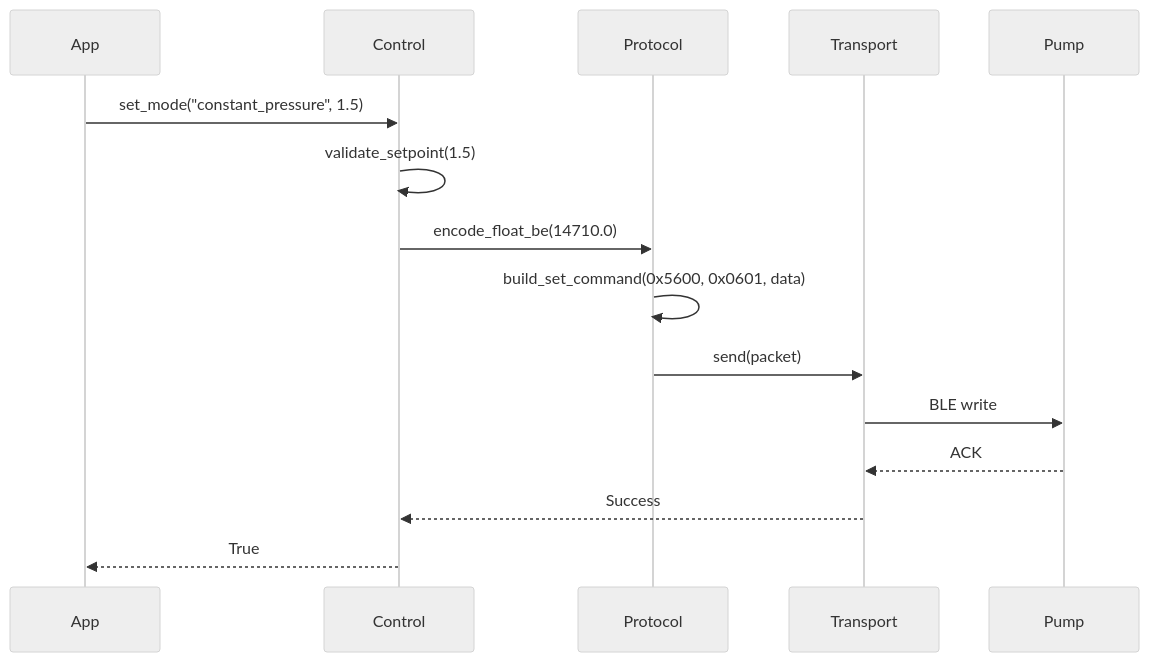
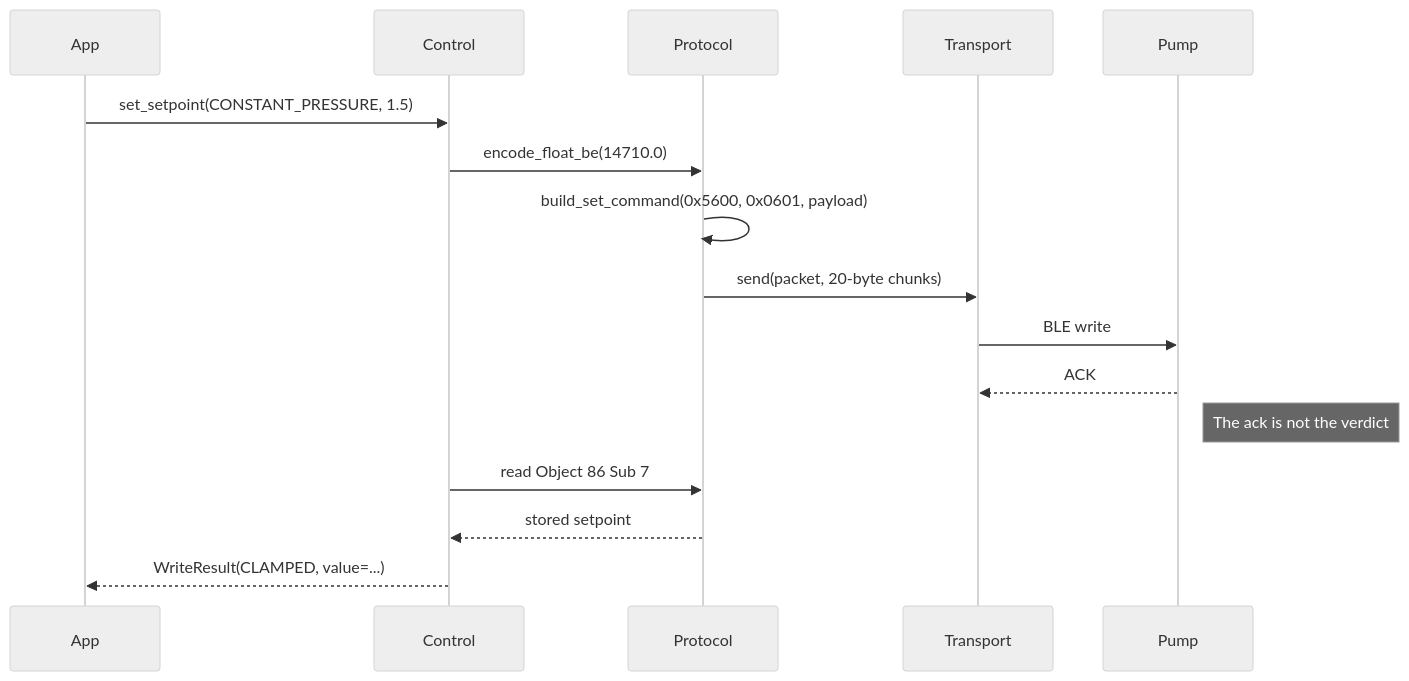
One commit to eman/alpha-hwr changed the fourth of 8 diagrams in docs/reimplementation/architecture.md. Above: the diagram before and after it, drawn with Mermaid (neutral theme). The commit also changed other lines of this file and 7 other files, not shown here.

````diff
--- a/docs/reimplementation/architecture.md
+++ b/docs/reimplementation/architecture.md
@@ -123,18 +135,19 @@
 ```mermaid
 sequenceDiagram
     participant App
     participant Control
     participant Protocol
     participant Transport
     participant Pump
     
-    App->>Control: set_mode("constant_pressure", 1.5)
-    Control->>Control: validate_setpoint(1.5)
+    App->>Control: set_setpoint(CONSTANT_PRESSURE, 1.5)
     Control->>Protocol: encode_float_be(14710.0)
-    Protocol->>Protocol: build_set_command(0x5600, 0x0601, data)
-    Protocol->>Transport: send(packet)
+    Protocol->>Protocol: build_set_command(0x5600, 0x0601, payload)
+    Protocol->>Transport: send(packet, 20-byte chunks)
     Transport->>Pump: BLE write
     Pump-->>Transport: ACK
-    Transport-->>Control: Success
-    Control-->>App: True
+    Note right of Pump: The ack is not the verdict
+    Control->>Protocol: read Object 86 Sub 7
+    Protocol-->>Control: stored setpoint
+    Control-->>App: WriteResult(CLAMPED, value=...)
 ```
````
